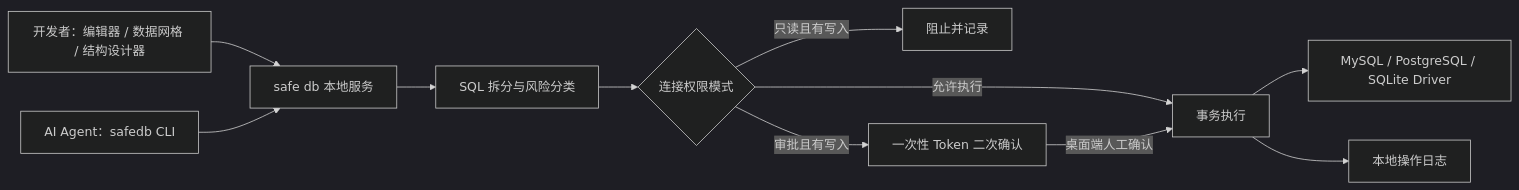
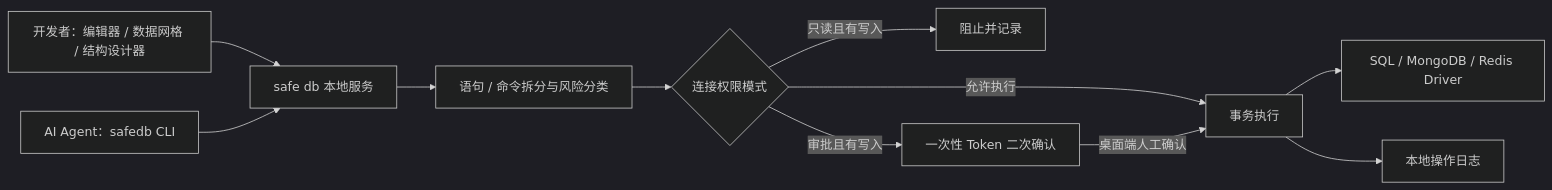
Before and after one commit to qq1060656096/safe-db: the diagram in README.md, drawn with Mermaid (dark theme). The commit also changed other lines of this file and 39 other files, not shown here.

````diff
--- a/README.md
+++ b/README.md
@@ -134,13 +154,13 @@
 ```mermaid
 flowchart LR
     Human["开发者：编辑器 / 数据网格 / 结构设计器"] --> Gateway["safe db 本地服务"]
     Agent["AI Agent：safedb CLI"] --> Gateway
-    Gateway --> Split["SQL 拆分与风险分类"]
+    Gateway --> Split["语句 / 命令拆分与风险分类"]
     Split --> Policy{"连接权限模式"}
     Policy -->|只读且有写入| Deny["阻止并记录"]
     Policy -->|审批且有写入| Confirm["一次性 Token 二次确认"]
     Policy -->|允许执行| Tx["事务执行"]
     Confirm -->|桌面端人工确认| Tx
-    Tx --> Driver["MySQL / PostgreSQL / SQLite Driver"]
+    Tx --> Driver["SQL / MongoDB / Redis Driver"]
     Tx --> Audit["本地操作日志"]
 ```
````
